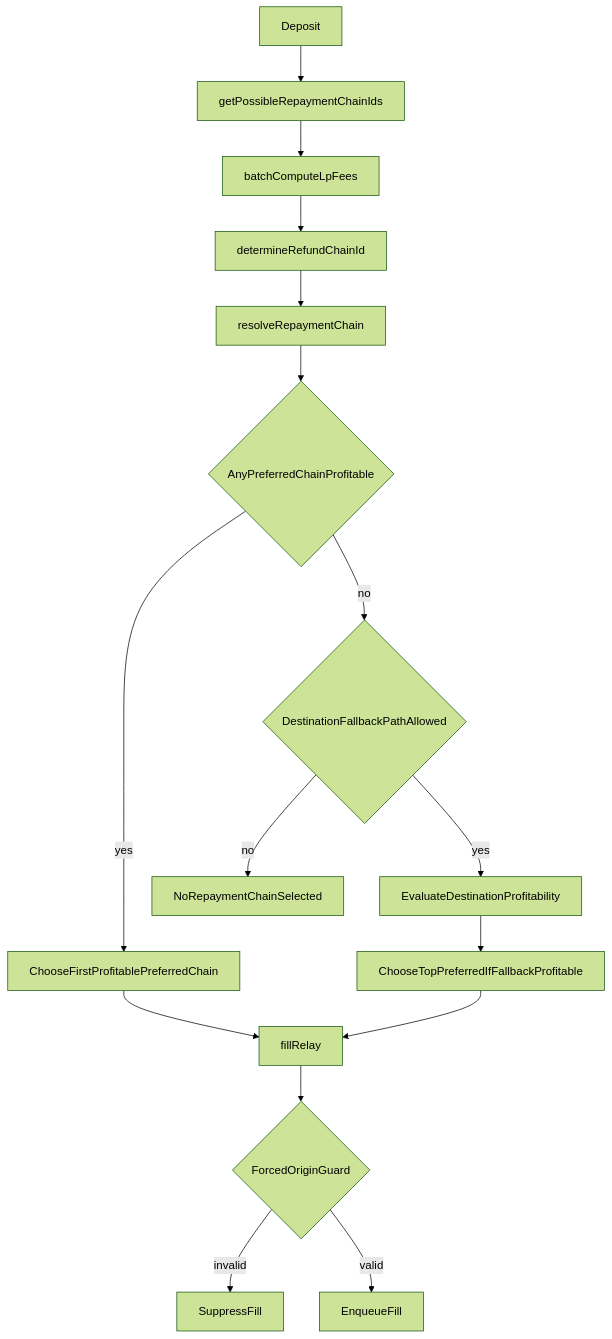
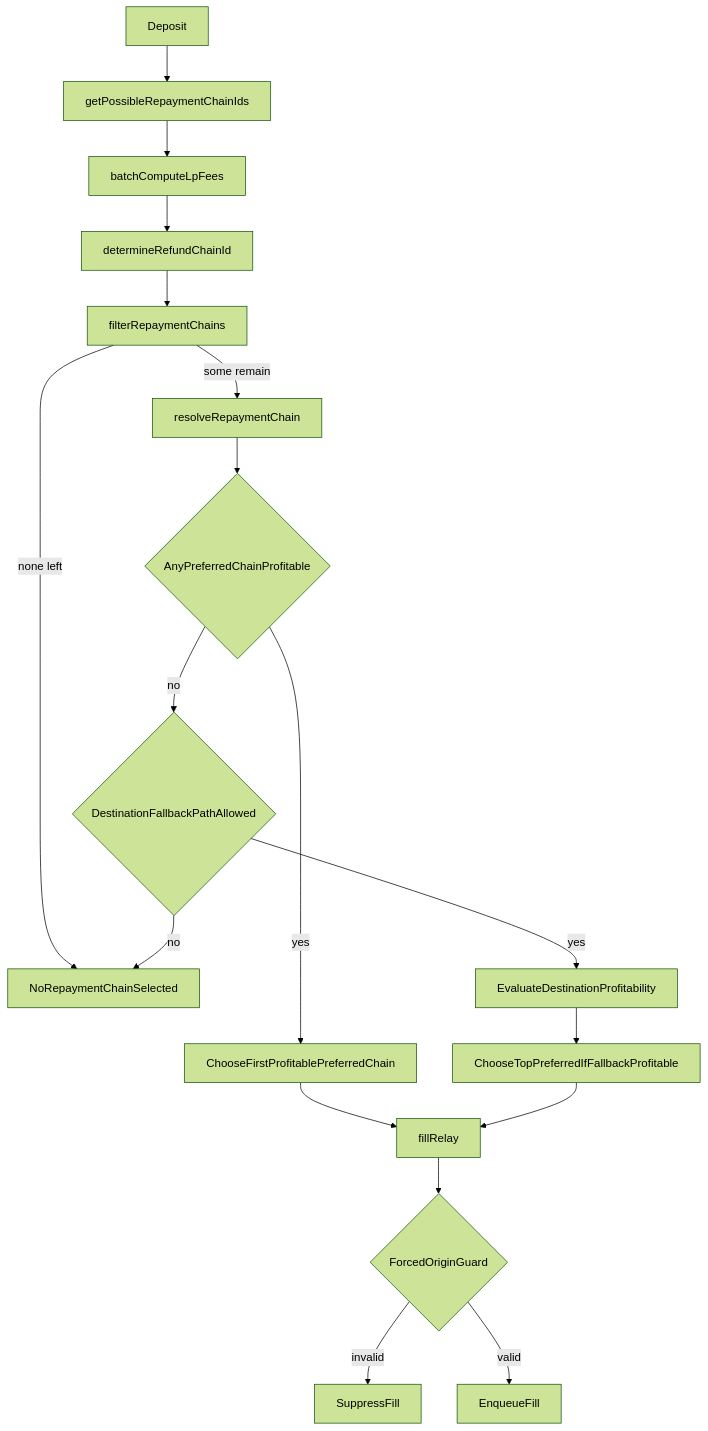
Before and after one commit to across-protocol/relayer: the diagram in docs/repayment-selection.md, drawn with Mermaid (forest theme). The commit also changed other lines of this file and 4 other files, not shown here.

First line of the commit message:
fix(relayer): evaluate HubPool liquid reserves per repayment chain (#3655)

````diff
--- a/docs/repayment-selection.md
+++ b/docs/repayment-selection.md
@@ -34,18 +34,20 @@
 ```mermaid
 flowchart TD
     deposit[Deposit] --> possible[getPossibleRepaymentChainIds]
     possible --> precompute[batchComputeLpFees]
     precompute --> eligible[determineRefundChainId]
-    eligible --> resolve[resolveRepaymentChain]
+    eligible --> fundable[filterRepaymentChains]
+    fundable -->|none left| none[NoRepaymentChainSelected]
+    fundable -->|some remain| resolve[resolveRepaymentChain]
     resolve --> prof{AnyPreferredChainProfitable}
     prof -->|yes| firstProfitable[ChooseFirstProfitablePreferredChain]
     prof -->|no| fallback{DestinationFallbackPathAllowed}
     fallback -->|yes| fallbackProfit[EvaluateDestinationProfitability]
     fallback -->|no| none[NoRepaymentChainSelected]
     fallbackProfit --> chooseTop[ChooseTopPreferredIfFallbackProfitable]
     firstProfitable --> fill[fillRelay]
     chooseTop --> fill
     fill --> enforce{ForcedOriginGuard}
     enforce -->|invalid| suppress[SuppressFill]
     enforce -->|valid| enqueue[EnqueueFill]
 ```
````
